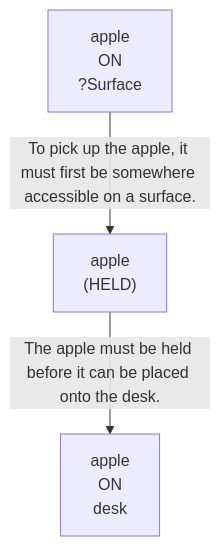
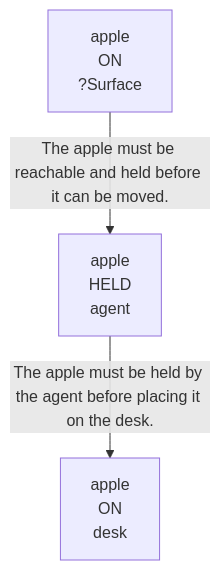
The third of 16 diagrams in evaluation/results/table2/robostate/non_stationarity/medium/E_DYN_G05_S3_medium/run_E_DYN_G05_S3_medium.md (scuama/virtualhome), drawn with Mermaid before and after one commit. The commit also changed other lines of this file and 108 other files, not shown here.

````diff
--- a/evaluation/results/table2/robostate/non_stationarity/medium/E_DYN_G05_S3_medium/run_E_DYN_G05_S3_medium.md
+++ b/evaluation/results/table2/robostate/non_stationarity/medium/E_DYN_G05_S3_medium/run_E_DYN_G05_S3_medium.md
@@ -247,8 +245,8 @@
 ```mermaid
 graph TD
     N1["apple<br>ON<br>?Surface"]
-    N2["apple<br>(HELD)"]
+    N2["apple<br>HELD<br>agent"]
     N3["apple<br>ON<br>desk"]
-    N1 -->|"To pick up the apple, it must first be somewhere accessible on a surface."| N2
-    N2 -->|"The apple must be held before it can be placed onto the desk."| N3
+    N1 -->|"The apple must be reachable and held before it can be moved."| N2
+    N2 -->|"The apple must be held by the agent before placing it on the desk."| N3
 ```
````
